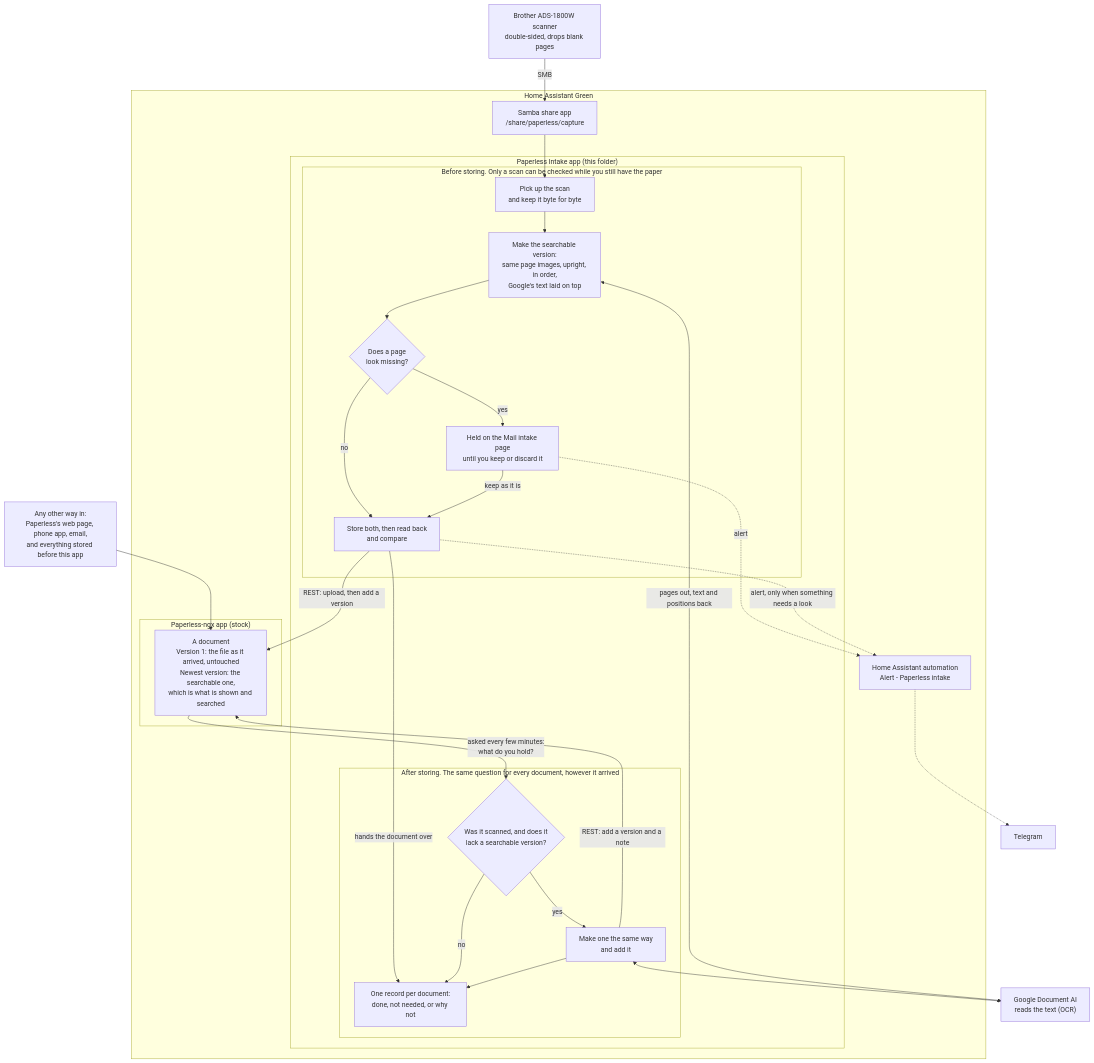
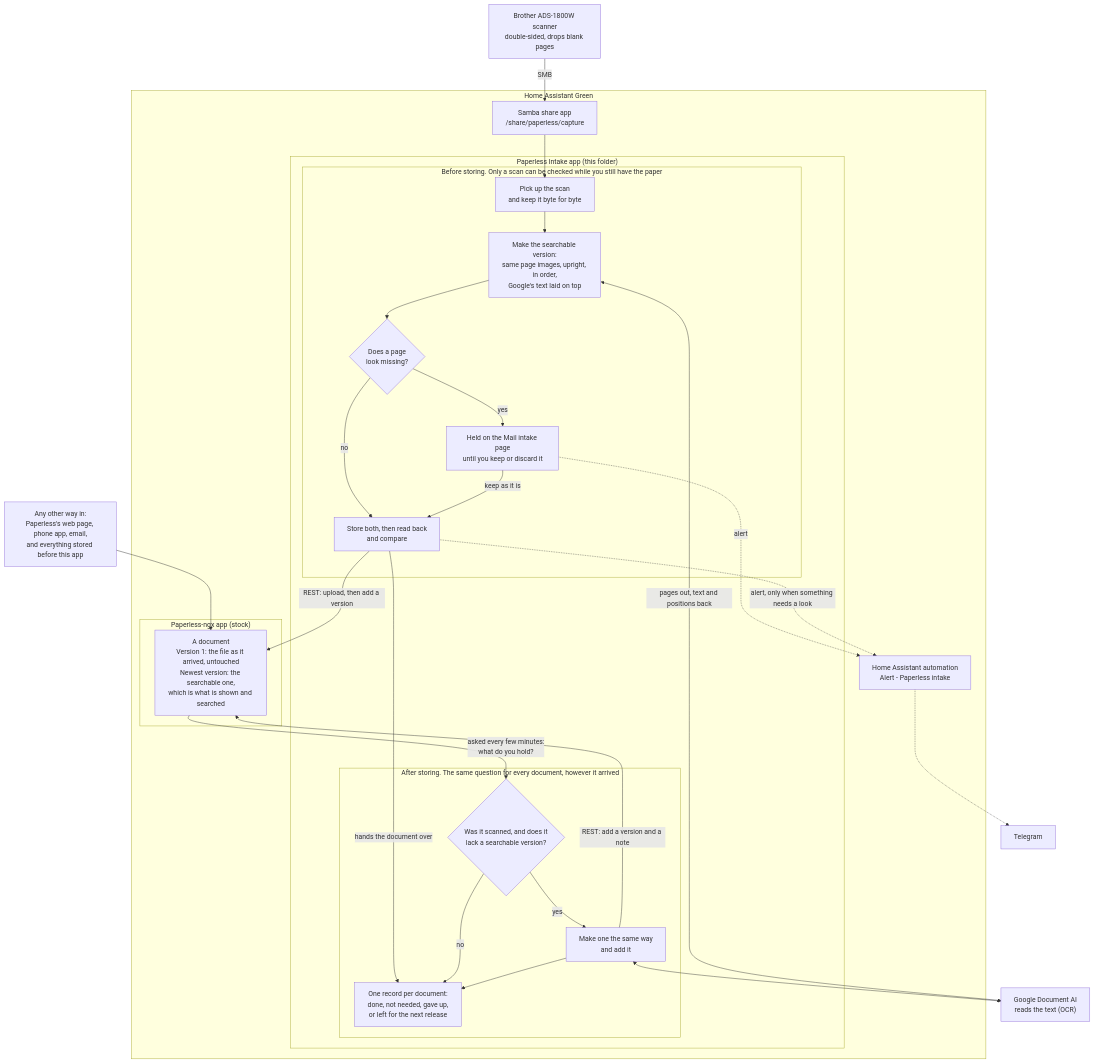
One commit to JaneJeon/homeassistant-apps changed the diagram in paperless-ngx-intake/README.md. Above: the diagram before and after it, drawn with Mermaid. The commit also changed other lines of this file and 13 other files, not shown here.

````diff
--- a/paperless-ngx-intake/README.md
+++ b/paperless-ngx-intake/README.md
@@ -7,50 +7,50 @@
 ```mermaid
 flowchart TD
     scanner["Brother ADS-1800W scanner<br/>double-sided, drops blank pages"]
     doors["Any other way in:<br/>Paperless's web page, phone app, email,<br/>and everything stored before this app"]
     google["Google Document AI<br/>reads the text (OCR)"]
     telegram["Telegram"]
 
     subgraph green["Home Assistant Green"]
         samba["Samba share app<br/>/share/paperless/capture"]
 
         subgraph intake["Paperless Intake app (this folder)"]
             subgraph first["Before storing. Only a scan can be checked while you still have the paper"]
                 pick["Pick up the scan<br/>and keep it byte for byte"]
                 make["Make the searchable version:<br/>same page images, upright, in order,<br/>Google's text laid on top"]
                 gap{"Does a page<br/>look missing?"}
                 held["Held on the Mail intake page<br/>until you keep or discard it"]
                 store["Store both, then read back<br/>and compare"]
             end
             subgraph second["After storing. The same question for every document, however it arrived"]
                 need{"Was it scanned, and does it<br/>lack a searchable version?"}
                 add["Make one the same way<br/>and add it"]
-                record["One record per document:<br/>done, not needed, or why not"]
+                record["One record per document:<br/>done, not needed, gave up,<br/>or left for the next release"]
             end
         end
 
         subgraph paperless["Paperless-ngx app (stock)"]
             doc["A document<br/>Version 1: the file as it arrived, untouched<br/>Newest version: the searchable one,<br/>which is what is shown and searched"]
         end
 
         ha["Home Assistant automation<br/>Alert - Paperless intake"]
     end
 
     scanner -- "SMB" --> samba --> pick --> make --> gap
     gap -- "yes" --> held
     gap -- "no" --> store
     held -- "keep as it is" --> store
     store -- "REST: upload, then add a version" --> doc
     store -- "hands the document over" --> record
     doors --> doc
     doc -- "asked every few minutes:<br/>what do you hold?" --> need
     need -- "yes" --> add
     need -- "no" --> record
     add -- "REST: add a version and a note" --> doc
     add --> record
     make <-- "pages out, text and positions back" --> google
     add <--> google
     held -. "alert" .-> ha
     store -. "alert, only when something needs a look" .-> ha
     ha -.-> telegram
 ```
````
